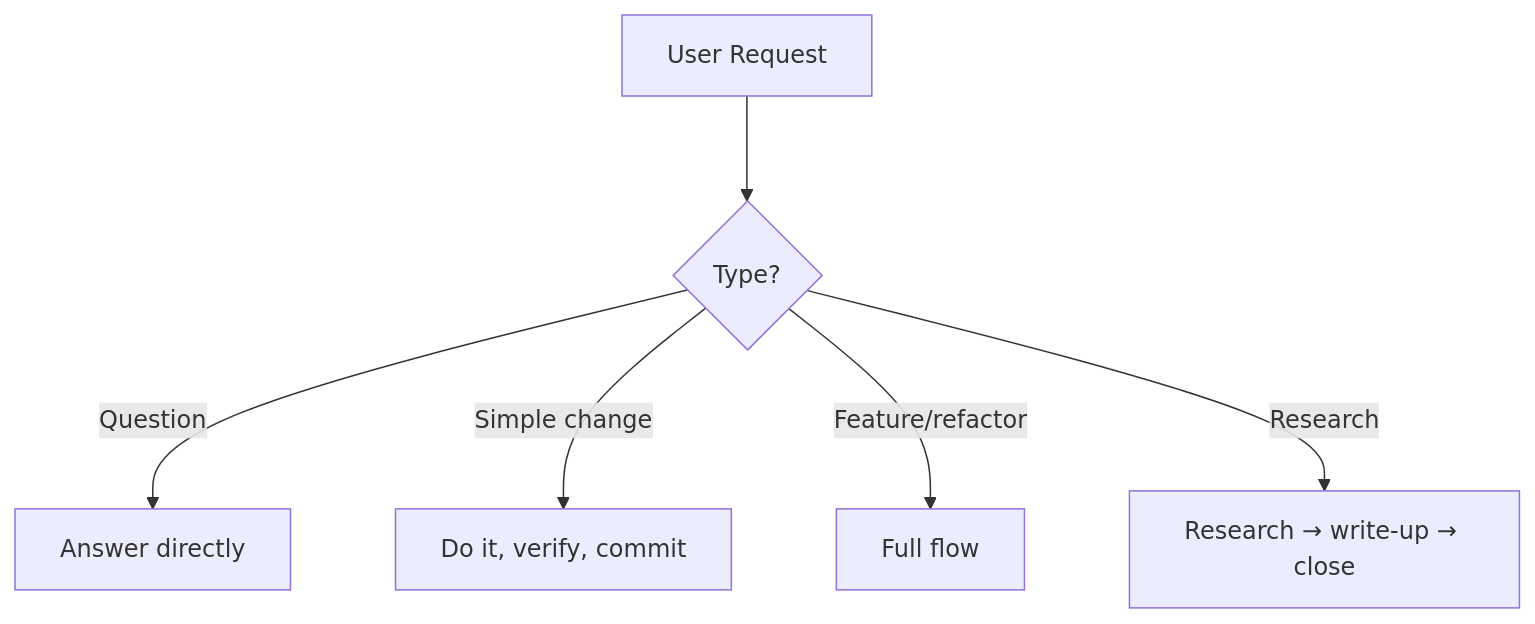
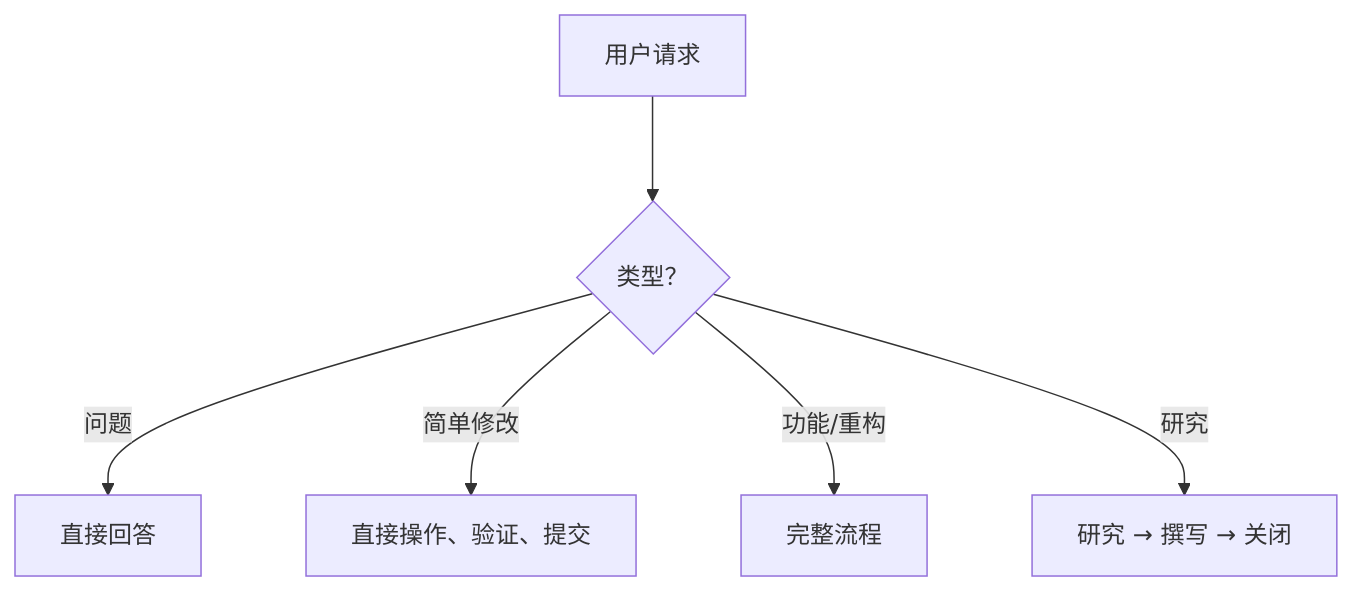
Before and after one commit to DollarDill/beads-superpowers: the second of 3 diagrams in docs/zh/workflow.md, drawn with Mermaid. The commit also changed other lines of this file and 1 other file, not shown here.

````diff
--- a/docs/zh/workflow.md
+++ b/docs/zh/workflow.md
@@ -52,14 +58,14 @@
 ```mermaid
 ---
 config:
   flowchart:
     nodeSpacing: 70
     rankSpacing: 70
 ---
 graph TD
-  A[User Request] --> B{Type?}
-  B -->|Question| C[Answer directly]
-  B -->|Simple change| D[Do it, verify, commit]
-  B -->|Feature/refactor| E[Full flow]
-  B -->|Research| F[Research → write-up → close]
+  A[用户请求] --> B{类型？}
+  B -->|问题| C[直接回答]
+  B -->|简单修改| D[直接操作、验证、提交]
+  B -->|功能/重构| E[完整流程]
+  B -->|研究| F[研究 → 撰写 → 关闭]
 ```
````
